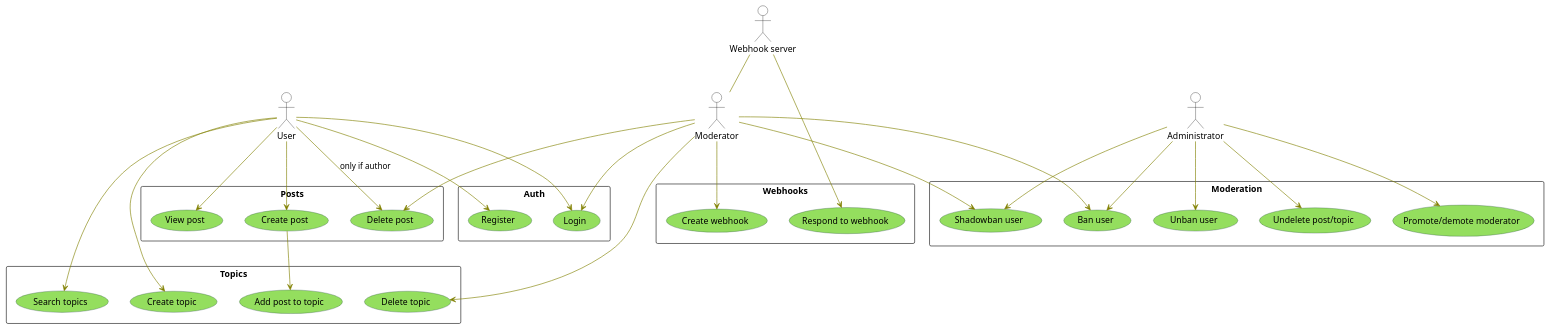
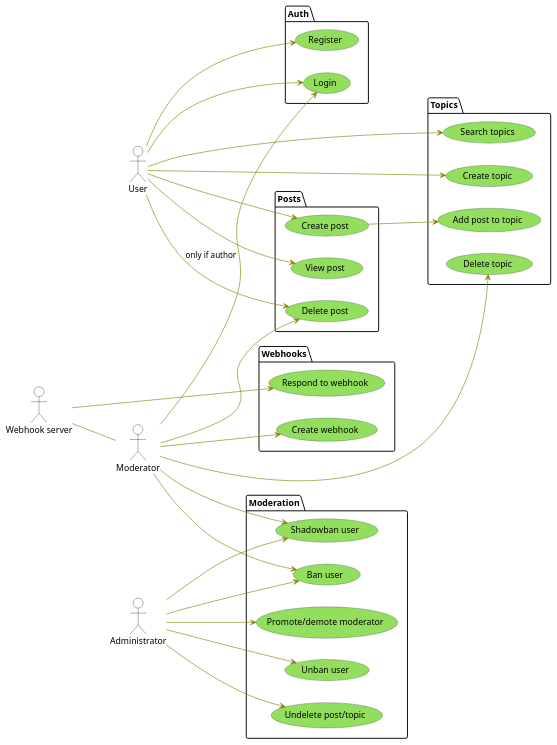
The diagram in diagrams/use-cases.plantuml (danya02/rudn-year3-uml), drawn with PlantUML before and after one commit. The commit also changed 6 other files, not shown here.

Commit message:
Add sequence diagrams

```diff
--- a/diagrams/use-cases.plantuml
+++ b/diagrams/use-cases.plantuml
@@ -1,83 +1,85 @@
 @startuml Usecases
+left to right direction
+
 skinparam shadowing false
 skinparam actor {
 	BorderColor black
 	BackgroundColor white
 }
 skinparam usecase {
     BackgroundColor #94de5e
     BorderColor DarkSlateGray
     ArrowColor Olive
 }
 skinparam noteBorderColor black
 
 actor User as user
 
 actor Moderator as mod
 actor Administrator as admin
 
-rectangle "Auth" {
+package "Auth" {
     usecase "Register" as register
     usecase "Login" as login
 }
 
-rectangle "Topics" {
+package "Topics" {
     usecase "Search topics" as search_topic
     usecase "Create topic" as create_topic
     usecase "Delete topic" as delete_topic
     usecase "Add post to topic" as add_to_topic
 }
 
-rectangle "Posts" {
+package "Posts" {
     usecase "Create post" as create_post
     usecase "View post" as view_post
     create_post --> add_to_topic
     usecase "Delete post" as delete_post
 }
 
 user --> search_topic
 user --> view_post
 
-rectangle "Moderation" {
+package "Moderation" {
     usecase "Ban user" as ban
     usecase "Shadowban user" as shadowban
     usecase "Promote/demote moderator" as transmote
     usecase "Unban user" as unban
     usecase "Undelete post/topic" as undelete
 }
 
 mod --> ban
 mod --> shadowban
 admin --> ban
 admin --> shadowban
 
 admin --> transmote
 admin --> unban
 admin --> undelete
 
 
 user --> register
 user --> login
 
 mod --> login
 
 user --> create_topic
 user --> create_post
 user --> delete_post: only if author
 
 mod --> delete_topic
 mod --> delete_post
 
-rectangle "Webhooks" {
+package "Webhooks" {
     usecase "Create webhook" as create_webhook
     usecase "Respond to webhook" as respond_webhook
 }
 
 actor "Webhook server" as server
 
 server --> respond_webhook
 mod --> create_webhook
 
 server -- mod
 
 @enduml
```
